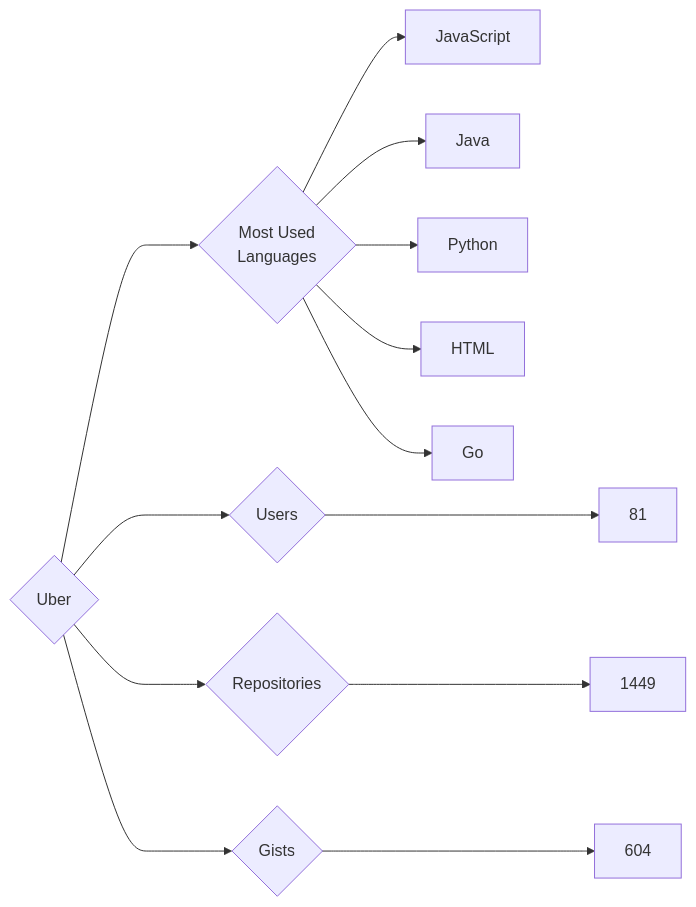
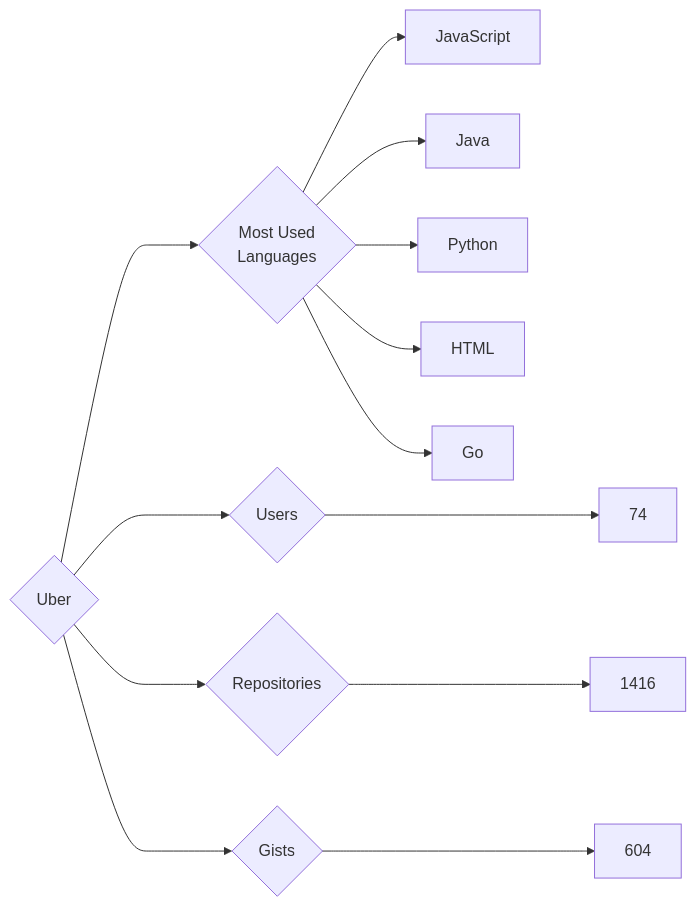
One commit to trickest/insiders changed the diagram in targets/Uber/README.md. Above: the diagram before and after it, drawn with Mermaid. The commit also changed 1248 other files, not shown here.

````diff
--- a/targets/Uber/README.md
+++ b/targets/Uber/README.md
@@ -3,13 +3,13 @@
 ```mermaid
 graph LR
 COMPANY_NAME{Uber}
-COMPANY_NAME ---> U{Users} ---> UN[81]
-COMPANY_NAME ---> R{Repositories} ---> RN[1449]
+COMPANY_NAME ---> U{Users} ---> UN[74]
+COMPANY_NAME ---> R{Repositories} ---> RN[1416]
 COMPANY_NAME ---> G{Gists} ---> GN[604]
 COMPANY_NAME ---> ML{Most Used<br>Languages}
 ML --> JavaScript[JavaScript]
 ML --> Java[Java]
 ML --> Python[Python]
 ML --> HTML[HTML]
 ML --> Go[Go]
 ```
````
